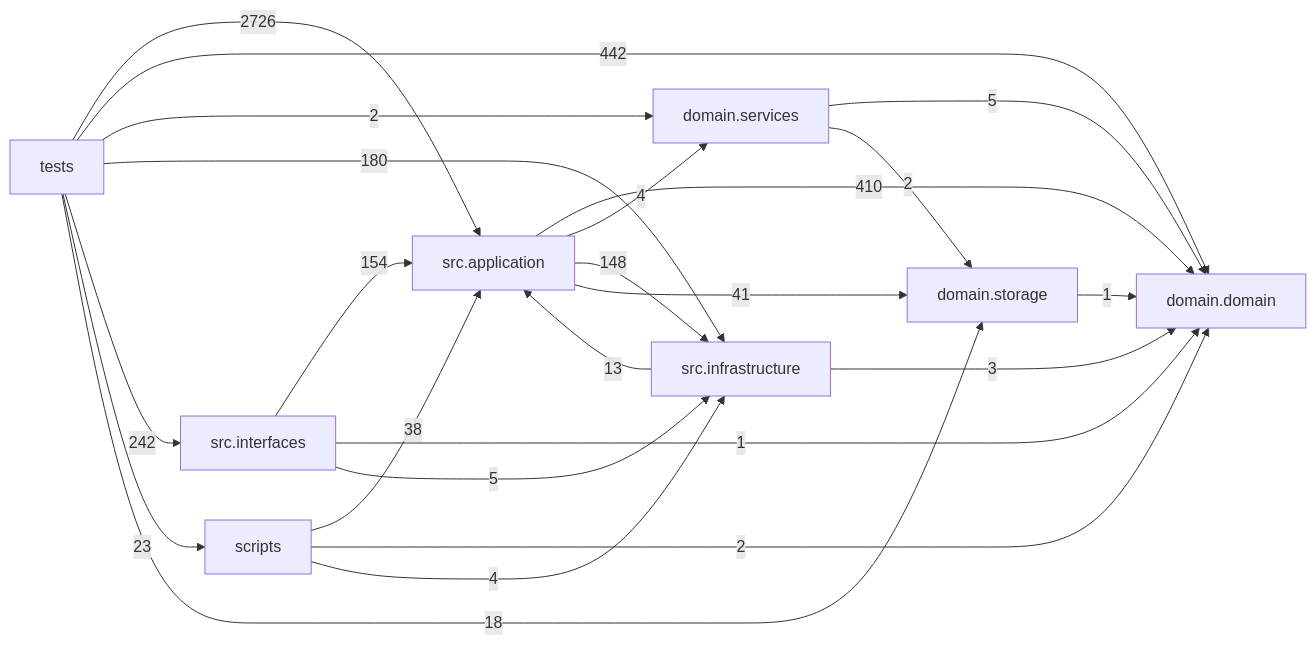
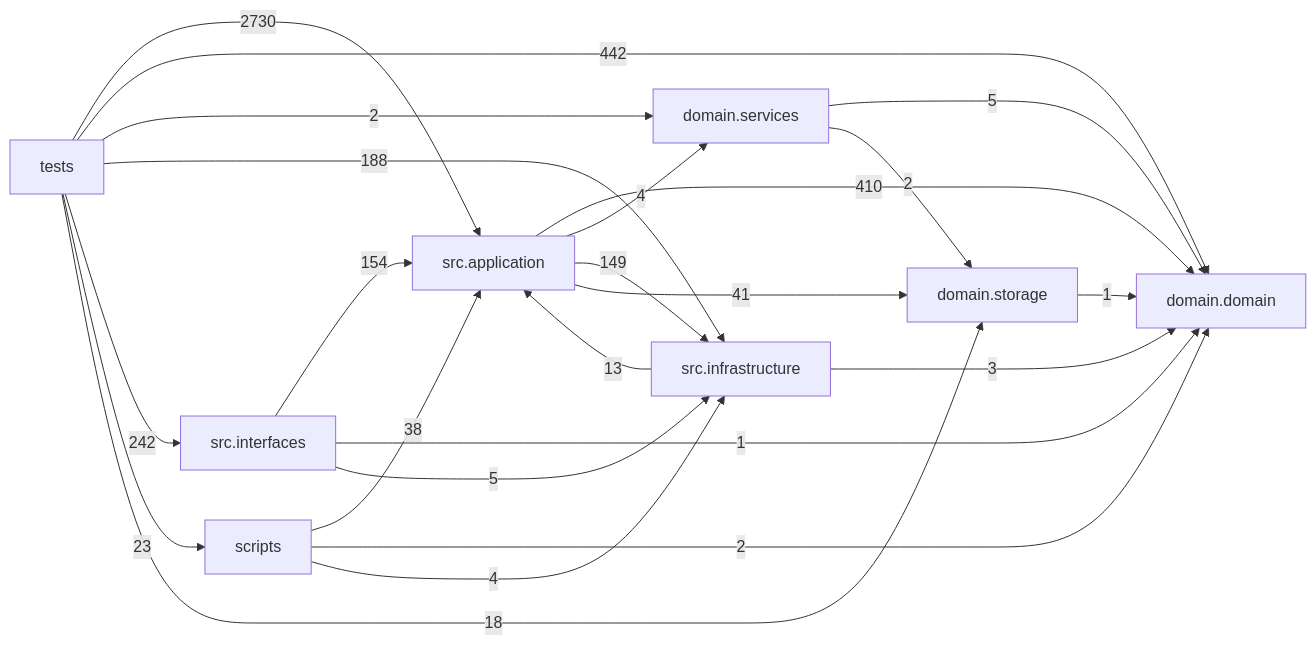
The diagram in docs/DEPENDENCY_GRAPH.md (liuxie066/options-monitor), drawn with Mermaid before and after one commit. The commit also changed other lines of this file and 10 other files, not shown here.

````diff
--- a/docs/DEPENDENCY_GRAPH.md
+++ b/docs/DEPENDENCY_GRAPH.md
@@ -24,33 +24,33 @@
 ```mermaid
 flowchart LR
   tests["tests"]
   scripts["scripts"]
   interfaces["src.interfaces"]
   application["src.application"]
   infrastructure["src.infrastructure"]
   domain_services["domain.services"]
   domain["domain.domain"]
   storage["domain.storage"]
   application -->|410| domain
   application -->|4| domain_services
-  application -->|148| infrastructure
+  application -->|149| infrastructure
   application -->|41| storage
   domain_services -->|5| domain
   domain_services -->|2| storage
   infrastructure -->|13| application
   infrastructure -->|3| domain
   interfaces -->|154| application
   interfaces -->|1| domain
   interfaces -->|5| infrastructure
   scripts -->|38| application
   scripts -->|2| domain
   scripts -->|4| infrastructure
   storage -->|1| domain
-  tests -->|2726| application
+  tests -->|2730| application
   tests -->|442| domain
   tests -->|2| domain_services
-  tests -->|180| infrastructure
+  tests -->|188| infrastructure
   tests -->|242| interfaces
   tests -->|23| scripts
   tests -->|18| storage
 ```
````
